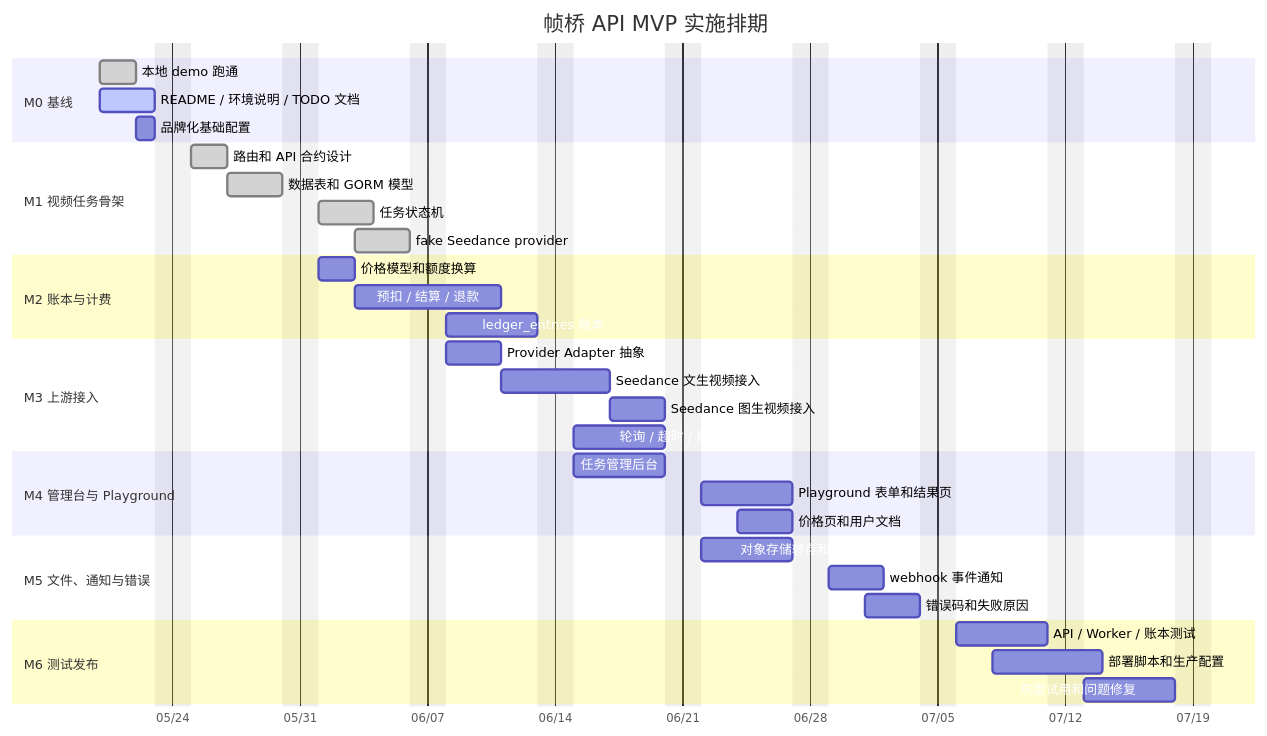
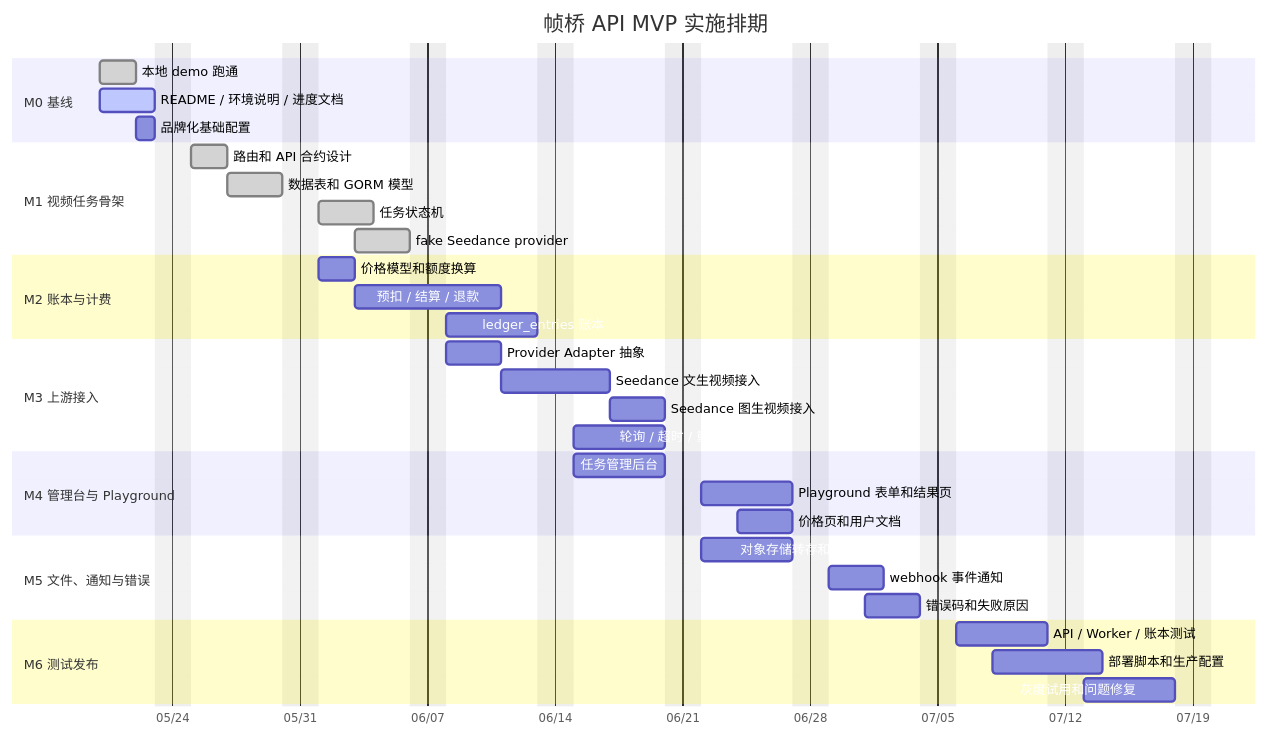
Before and after one commit to songquanpeng/one-api: the diagram in docs/framebridge-implementation-progress.md, drawn with Mermaid. The commit also changed 2 other files, not shown here.

Commit message:
docs: remove duplicate demo todo

````diff
--- a/docs/framebridge-implementation-progress.md
+++ b/docs/framebridge-implementation-progress.md
@@ -58,44 +58,44 @@
 ```mermaid
 gantt
     title 帧桥 API MVP 实施排期
     dateFormat  YYYY-MM-DD
     axisFormat  %m/%d
     excludes    weekends
 
     section M0 基线
     本地 demo 跑通                      :done,    m0_demo,      2026-05-20, 2d
-    README / 环境说明 / TODO 文档        :active,  m0_docs,      2026-05-20, 3d
+    README / 环境说明 / 进度文档        :active,  m0_docs,      2026-05-20, 3d
     品牌化基础配置                       :         m0_brand,     2026-05-22, 1d
 
     section M1 视频任务骨架
     路由和 API 合约设计                  :done,    m1_api,       2026-05-25, 2d
     数据表和 GORM 模型                   :done,    m1_schema,    2026-05-27, 3d
     任务状态机                           :done,    m1_state,     2026-06-01, 3d
     fake Seedance provider               :done,    m1_fake,      2026-06-03, 3d
 
     section M2 账本与计费
     价格模型和额度换算                   :         m2_price,     2026-06-01, 2d
     预扣 / 结算 / 退款                   :         m2_billing,   2026-06-03, 6d
     ledger_entries 账本                  :         m2_ledger,    2026-06-08, 5d
 
     section M3 上游接入
     Provider Adapter 抽象                :         m3_adapter,   2026-06-08, 3d
     Seedance 文生视频接入                :         m3_t2v,       2026-06-11, 4d
     Seedance 图生视频接入                :         m3_i2v,       2026-06-17, 3d
     轮询 / 超时 / 重试                   :         m3_worker,    2026-06-15, 5d
 
     section M4 管理台与 Playground
     任务管理后台                         :         m4_admin,     2026-06-15, 5d
     Playground 表单和结果页              :         m4_play,      2026-06-22, 5d
     价格页和用户文档                     :         m4_docs,      2026-06-24, 3d
 
     section M5 文件、通知与错误
     对象存储转存和过期                   :         m5_storage,   2026-06-22, 5d
     webhook 事件通知                     :         m5_webhook,   2026-06-29, 3d
     错误码和失败原因                     :         m5_errors,    2026-07-01, 3d
 
     section M6 测试发布
     API / Worker / 账本测试              :         m6_test,      2026-07-06, 5d
     部署脚本和生产配置                   :         m6_deploy,    2026-07-08, 4d
     灰度试用和问题修复                   :         m6_beta,      2026-07-13, 5d
 ```
````
